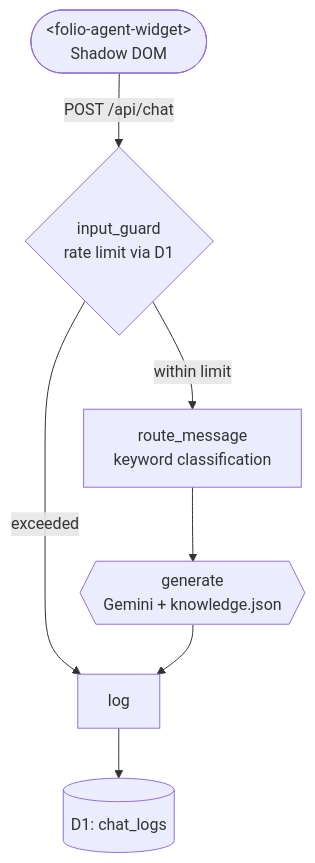
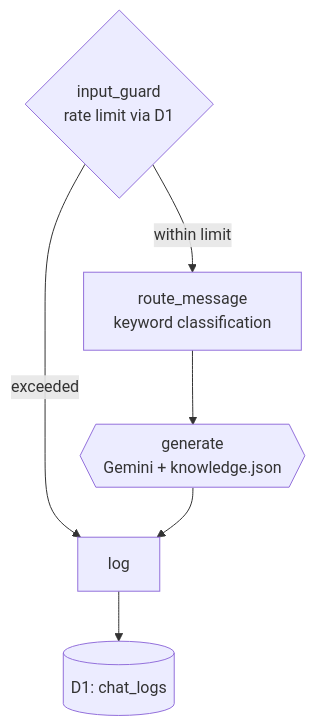
Before and after one commit to yktsnet/folio-agent: the diagram in README.en.md, drawn with Mermaid. The commit also changed other lines of this file and 1 other file, not shown here.

Commit message:
docs(readme): shorten the runtime diagram
エントリのウィジェットノードは HTML エンティティが空欄に描画されるうえ
段を1つ増やしていたため、図から外して本文で説明する。

````diff
--- a/README.en.md
+++ b/README.en.md
@@ -53,9 +53,9 @@
 ```mermaid
 flowchart TD
-    Widget(["&lt;folio-agent-widget&gt;<br/>Shadow DOM"]) -->|"POST /api/chat"| Guard{"input_guard<br/>rate limit via D1"}
+    Guard{"input_guard<br/>rate limit via D1"}
     Guard -->|"within limit"| Route["route_message<br/>keyword classification"]
     Guard -->|"exceeded"| Log["log"]
     Route --> Generate{{"generate<br/>Gemini + knowledge.json"}}
     Generate --> Log
     Log --> D1[("D1: chat_logs")]
 ```
````
